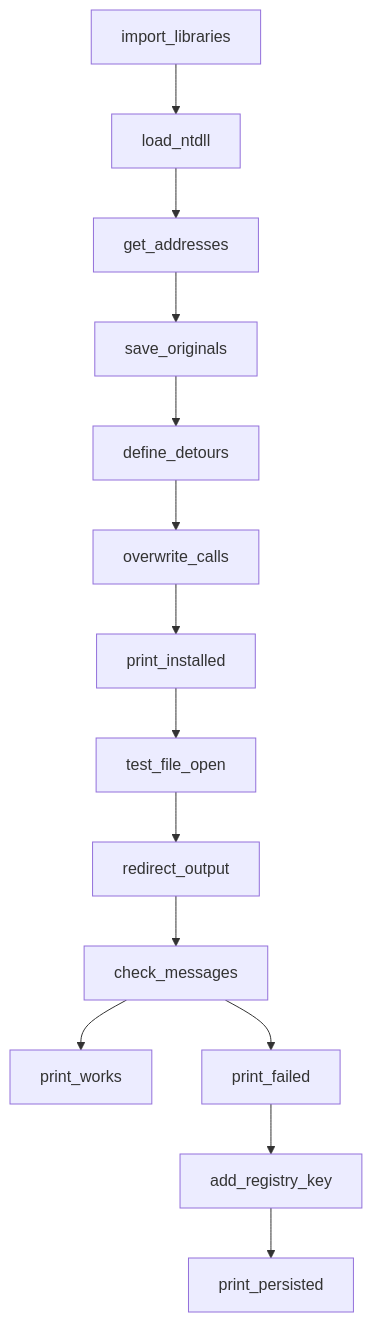
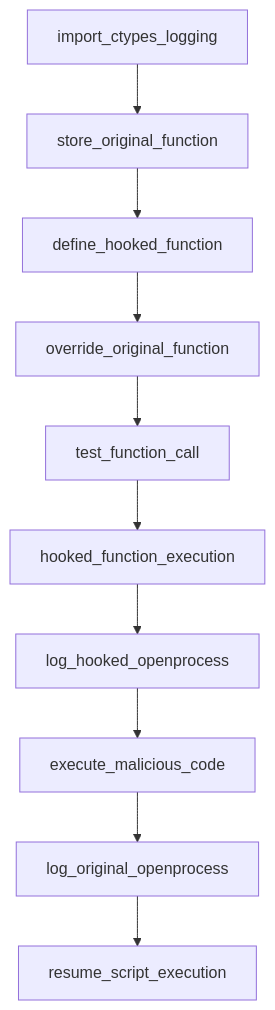
Before and after one commit to Rud3p/Proof-of-concept-rootkit: the diagram in README.md, drawn with Mermaid. The commit also changed other lines of this file, not shown here.

````diff
--- a/README.md
+++ b/README.md
@@ -10,16 +10,13 @@
 ```mermaid
 graph TD;
-    import_libraries-->load_ntdll;
-    load_ntdll-->get_addresses;
-    get_addresses-->save_originals;
-    save_originals-->define_detours;
-    define_detours-->overwrite_calls;
-    overwrite_calls-->print_installed;
-    print_installed-->test_file_open;
-    test_file_open-->redirect_output;
-    redirect_output-->check_messages;
-    check_messages-->print_works;
-    check_messages-->print_failed;
-    print_failed-->add_registry_key;
-    add_registry_key-->print_persisted;
+    import_ctypes_logging-->store_original_function;
+    store_original_function-->define_hooked_function;
+    define_hooked_function-->override_original_function;
+    override_original_function-->test_function_call;
+    test_function_call-->hooked_function_execution;
+    hooked_function_execution-->log_hooked_openprocess;
+    log_hooked_openprocess-->execute_malicious_code;
+    execute_malicious_code-->log_original_openprocess;
+    log_original_openprocess-->resume_script_execution;
+
 ```
````
